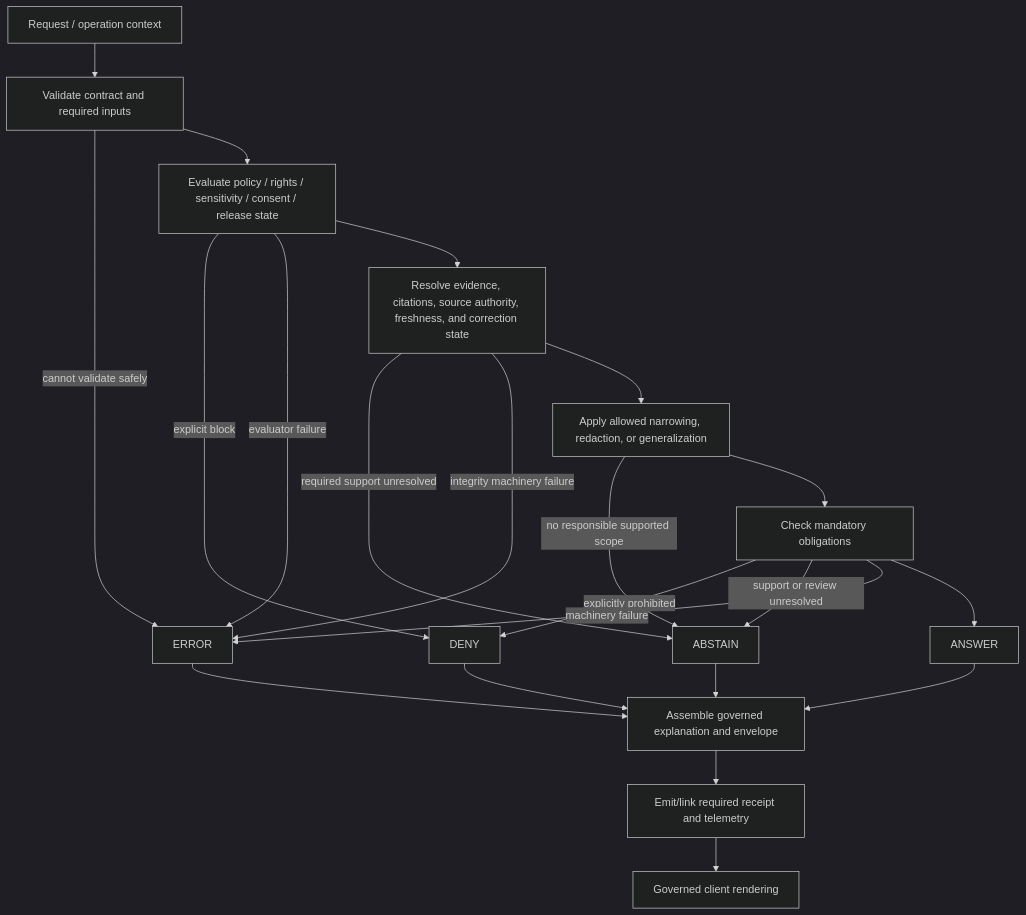
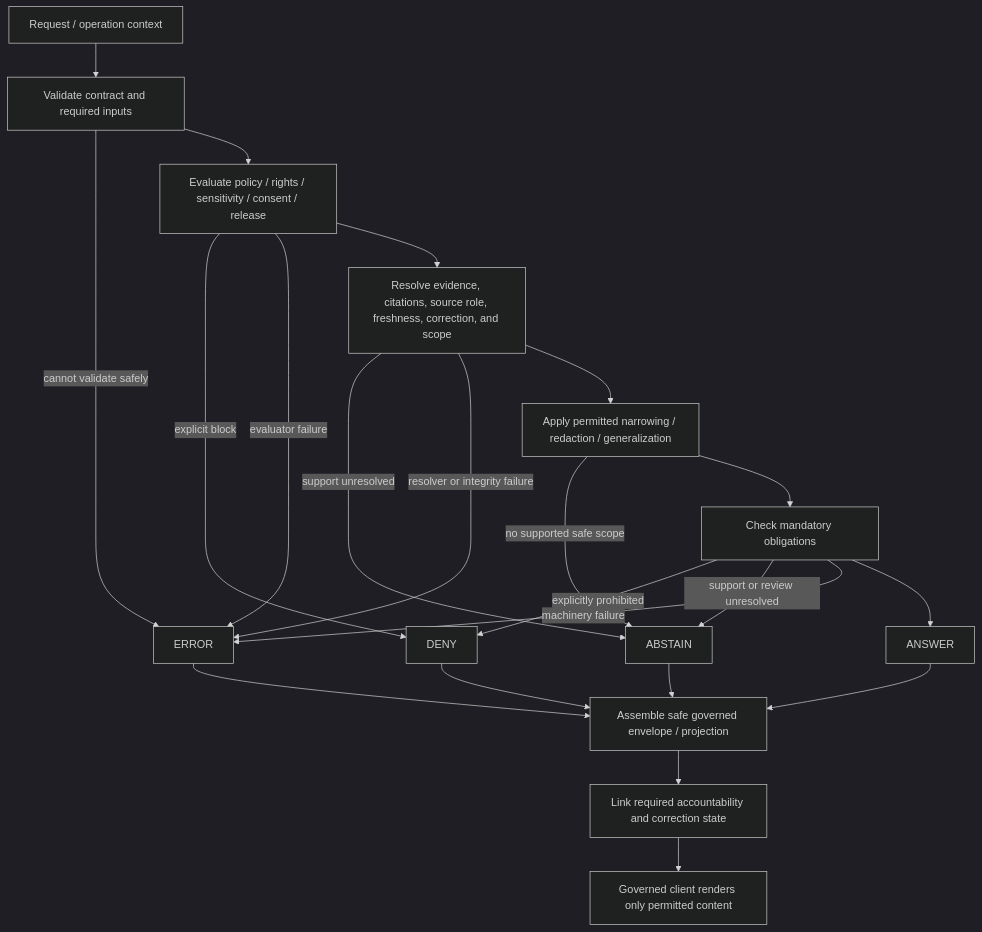
Before and after one commit to bartytime4life/Kansas-Frontier-Matrix: the diagram in docs/adr/ADR-0020-abstain-is-a-first-class-decision.md, drawn with Mermaid (dark theme). The commit also changed other lines of this file, not shown here.

Commit message:
docs(adr): reconcile ADR-0020 with current abstention evidence

````diff
--- a/docs/adr/ADR-0020-abstain-is-a-first-class-decision.md
+++ b/docs/adr/ADR-0020-abstain-is-a-first-class-decision.md
@@ -602,24 +576,24 @@
 ```mermaid
 flowchart TD
   R["Request / operation context"] --> V["Validate contract and required inputs"]
   V -->|cannot validate safely| ER["ERROR"]
-  V --> P["Evaluate policy / rights / sensitivity / consent / release state"]
+  V --> P["Evaluate policy / rights / sensitivity / consent / release"]
   P -->|explicit block| DN["DENY"]
   P -->|evaluator failure| ER
-  P --> E["Resolve evidence, citations, source authority, freshness, and correction state"]
-  E -->|required support unresolved| AB["ABSTAIN"]
-  E -->|integrity machinery failure| ER
-  E --> N["Apply allowed narrowing, redaction, or generalization"]
-  N -->|no responsible supported scope| AB
+  P --> E["Resolve evidence, citations, source role, freshness, correction, and scope"]
+  E -->|support unresolved| AB["ABSTAIN"]
+  E -->|resolver or integrity failure| ER
+  E --> N["Apply permitted narrowing / redaction / generalization"]
+  N -->|no supported safe scope| AB
   N --> O["Check mandatory obligations"]
   O -->|explicitly prohibited| DN
   O -->|support or review unresolved| AB
   O -->|machinery failure| ER
   O --> AN["ANSWER"]
-  AB --> G["Assemble governed explanation and envelope"]
+  AB --> G["Assemble safe governed envelope / projection"]
   DN --> G
   ER --> G
   AN --> G
-  G --> T["Emit/link required receipt and telemetry"]
-  T --> C["Governed client rendering"]
+  G --> A["Link required accountability and correction state"]
+  A --> C["Governed client renders only permitted content"]
 ```
````
